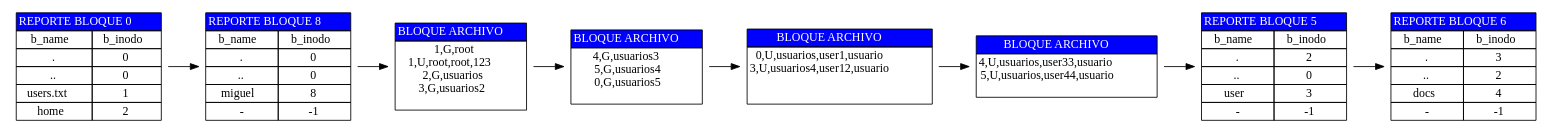
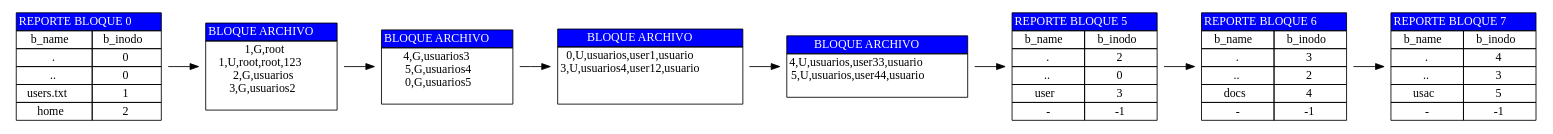
Before and after one commit to miguel-tubac/MIA_1S2025_P1_202101927: the diagram in server/src/salida/block.dot, drawn with Graphviz. The commit also changed 9 other files, not shown here.

```diff
--- a/server/src/salida/block.dot
+++ b/server/src/salida/block.dot
@@ -1,59 +1,59 @@
 digraph G {
 	rankdir=LR;
 	node [shape=plaintext]
 	bloque0 [label=<
 							<table border="0" cellborder="1" cellspacing="0">
 							<tr><td colspan="2" bgcolor="#0000FF"><font color="white"> REPORTE BLOQUE 0 </font></td></tr>
 	<tr><td>b_name</td><td>b_inodo</td></tr>
 	<tr><td>.</td><td>0</td></tr>
 	<tr><td>..</td><td>0</td></tr>
 	<tr><td>users.txt</td><td>1</td></tr>
 	<tr><td>home</td><td>2</td></tr>	</table>>];
-bloque8 [label=<
-							<table border="0" cellborder="1" cellspacing="0">
-							<tr><td colspan="2" bgcolor="#0000FF"><font color="white"> REPORTE BLOQUE 8 </font></td></tr>
-	<tr><td>b_name</td><td>b_inodo</td></tr>
-	<tr><td>.</td><td>0</td></tr>
-	<tr><td>..</td><td>0</td></tr>
-	<tr><td>miguel</td><td>8</td></tr>
-	<tr><td>-</td><td>-1</td></tr>	</table>>];
 bloque1 [label=<
 					<table border="0" cellborder="1" cellspacing="0">
 		<tr><td colspan="2" bgcolor="#0000FF"><font color="white"> BLOQUE ARCHIVO </font></td></tr>
 		<tr><td colspan="2"> 1,G,root<br/>1,U,root,root,123<br/>2,G,usuarios<br/>3,G,usuarios2<br/> </td></tr>	</table>>];
 bloque2 [label=<
 					<table border="0" cellborder="1" cellspacing="0">
 		<tr><td colspan="2" bgcolor="#0000FF"><font color="white"> BLOQUE ARCHIVO </font></td></tr>
 		<tr><td colspan="2"> 4,G,usuarios3<br/>5,G,usuarios4<br/>0,G,usuarios5<br/> </td></tr>	</table>>];
 bloque3 [label=<
 					<table border="0" cellborder="1" cellspacing="0">
 		<tr><td colspan="2" bgcolor="#0000FF"><font color="white"> BLOQUE ARCHIVO </font></td></tr>
 		<tr><td colspan="2"> 0,U,usuarios,user1,usuario<br/>3,U,usuarios4,user12,usuario<br/><br/> </td></tr>	</table>>];
 bloque4 [label=<
 					<table border="0" cellborder="1" cellspacing="0">
 		<tr><td colspan="2" bgcolor="#0000FF"><font color="white"> BLOQUE ARCHIVO </font></td></tr>
 		<tr><td colspan="2"> 4,U,usuarios,user33,usuario<br/>5,U,usuarios,user44,usuario<br/> </td></tr>	</table>>];
 bloque5 [label=<
 							<table border="0" cellborder="1" cellspacing="0">
 							<tr><td colspan="2" bgcolor="#0000FF"><font color="white"> REPORTE BLOQUE 5 </font></td></tr>
 	<tr><td>b_name</td><td>b_inodo</td></tr>
 	<tr><td>.</td><td>2</td></tr>
 	<tr><td>..</td><td>0</td></tr>
 	<tr><td>user</td><td>3</td></tr>
 	<tr><td>-</td><td>-1</td></tr>	</table>>];
 bloque6 [label=<
 							<table border="0" cellborder="1" cellspacing="0">
 							<tr><td colspan="2" bgcolor="#0000FF"><font color="white"> REPORTE BLOQUE 6 </font></td></tr>
 	<tr><td>b_name</td><td>b_inodo</td></tr>
 	<tr><td>.</td><td>3</td></tr>
 	<tr><td>..</td><td>2</td></tr>
 	<tr><td>docs</td><td>4</td></tr>
 	<tr><td>-</td><td>-1</td></tr>	</table>>];
-bloque0 -> bloque8
-bloque8 -> bloque1
+bloque7 [label=<
+							<table border="0" cellborder="1" cellspacing="0">
+							<tr><td colspan="2" bgcolor="#0000FF"><font color="white"> REPORTE BLOQUE 7 </font></td></tr>
+	<tr><td>b_name</td><td>b_inodo</td></tr>
+	<tr><td>.</td><td>4</td></tr>
+	<tr><td>..</td><td>3</td></tr>
+	<tr><td>usac</td><td>5</td></tr>
+	<tr><td>-</td><td>-1</td></tr>	</table>>];
+bloque0 -> bloque1
 bloque1 -> bloque2
 bloque2 -> bloque3
 bloque3 -> bloque4
 bloque4 -> bloque5
 bloque5 -> bloque6
+bloque6 -> bloque7
 }
```
